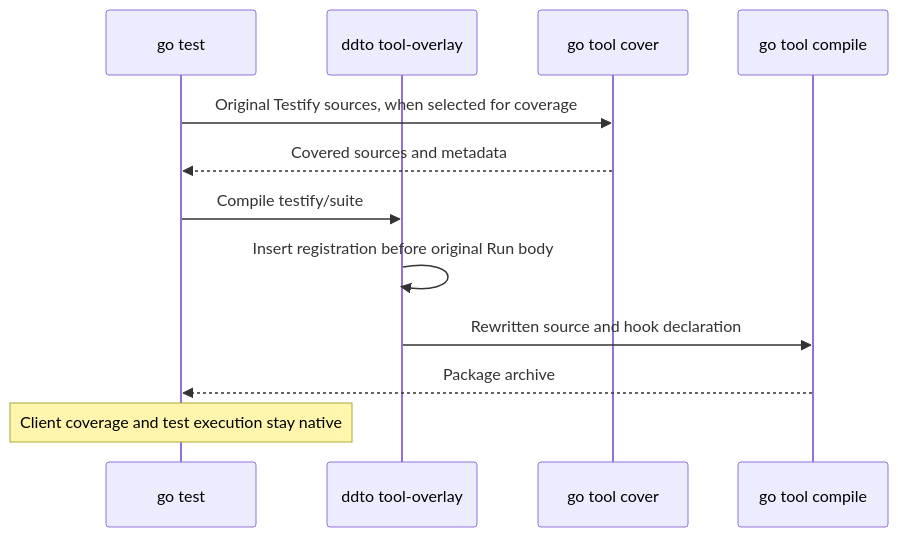
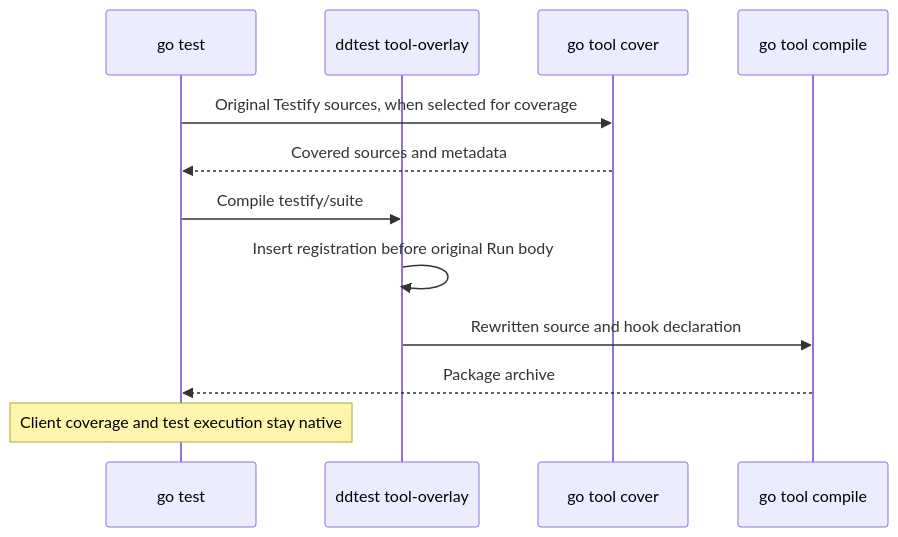
Before and after one commit to DataDog/ddtest: the second of 2 diagrams in ddto/docs/testify.md, drawn with Mermaid. The commit also changed other lines of this file and 20 other files, not shown here.

First line of the commit message:
Use ddtest instrument in ddto's guides and records

````diff
--- a/ddto/docs/testify.md
+++ b/ddto/docs/testify.md
@@ -195,14 +195,14 @@
 ```mermaid
 sequenceDiagram
     participant Go as go test
-    participant Tool as ddto tool-overlay
+    participant Tool as ddtest tool-overlay
     participant Cover as go tool cover
     participant Compile as go tool compile
     Go->>Cover: Original Testify sources, when selected for coverage
     Cover-->>Go: Covered sources and metadata
     Go->>Tool: Compile testify/suite
     Tool->>Tool: Insert registration before original Run body
     Tool->>Compile: Rewritten source and hook declaration
     Compile-->>Go: Package archive
     Note over Go: Client coverage and test execution stay native
 ```
````
